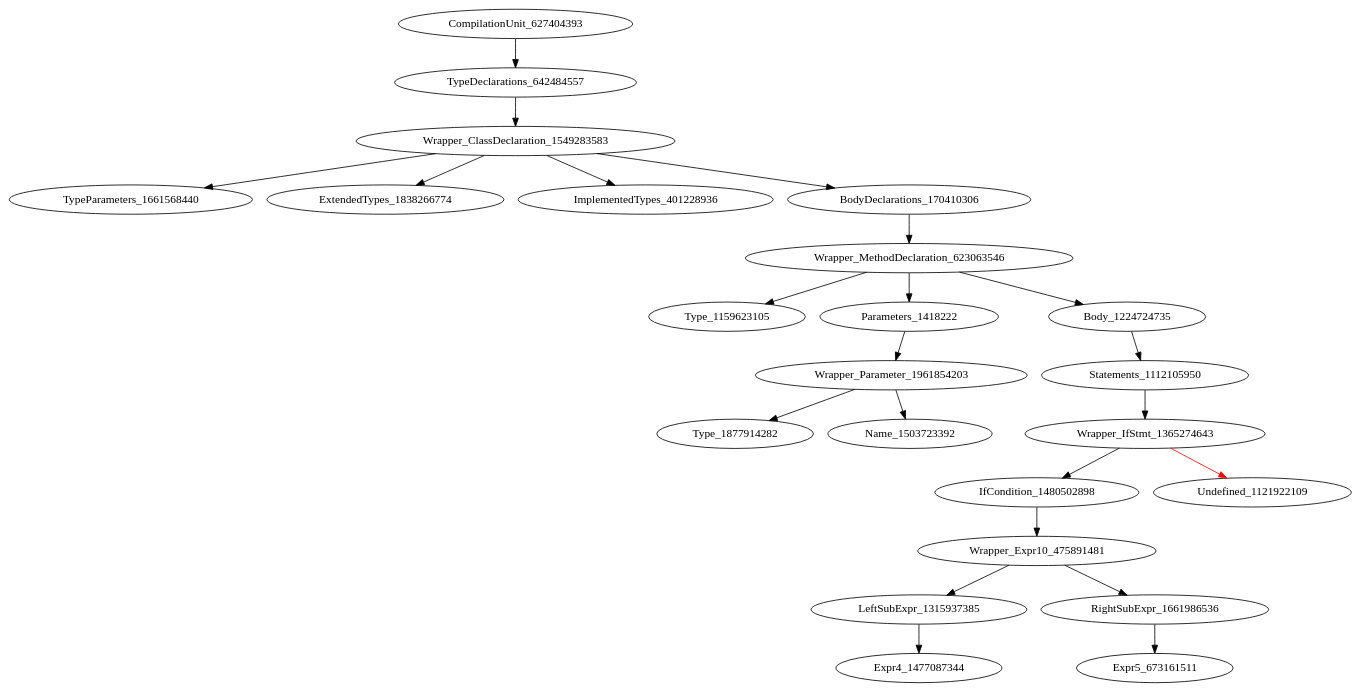
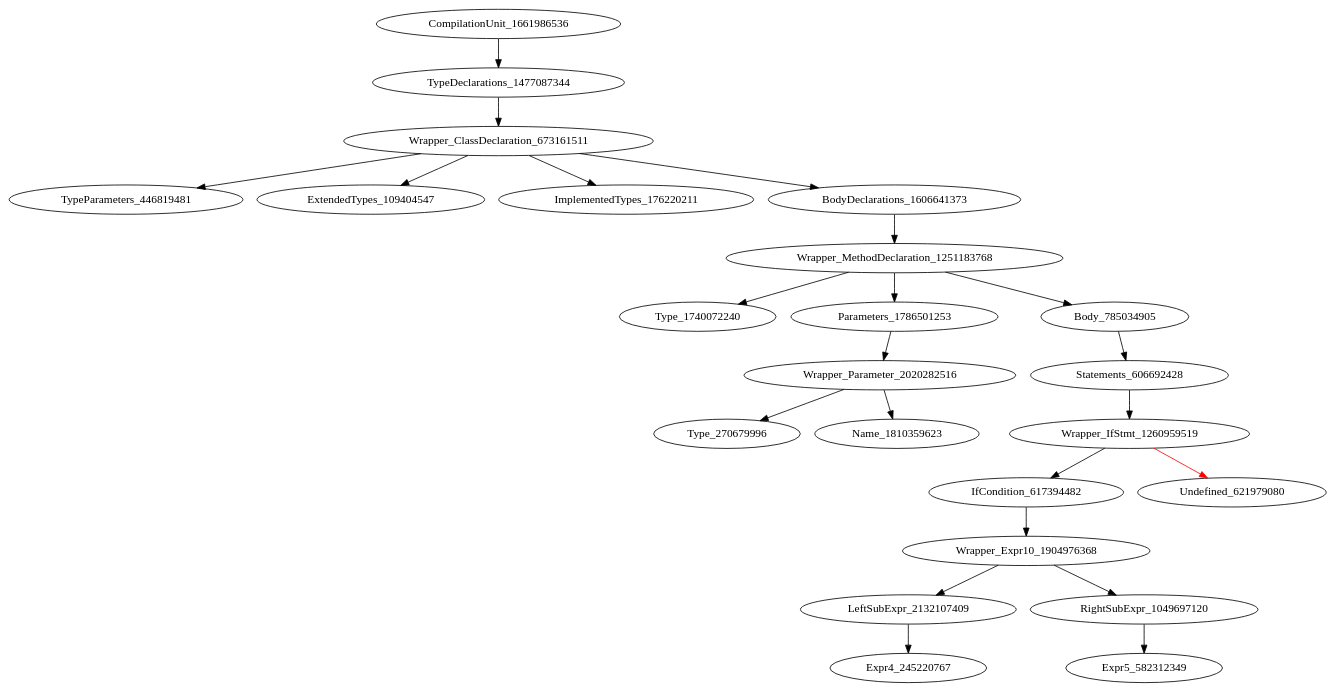
One commit to icse2023material/VoiceJava changed the diagram in holeAST.dot. Above: the diagram before and after it, drawn with Graphviz. The commit also changed 7 other files, not shown here.

```diff
--- a/holeAST.dot
+++ b/holeAST.dot
@@ -1,24 +1,24 @@
 digraph {
-CompilationUnit_627404393 -> TypeDeclarations_642484557
-TypeDeclarations_642484557 -> Wrapper_ClassDeclaration_1549283583
-Wrapper_ClassDeclaration_1549283583 -> TypeParameters_1661568440
-Wrapper_ClassDeclaration_1549283583 -> ExtendedTypes_1838266774
-Wrapper_ClassDeclaration_1549283583 -> ImplementedTypes_401228936
-Wrapper_ClassDeclaration_1549283583 -> BodyDeclarations_170410306
-BodyDeclarations_170410306 -> Wrapper_MethodDeclaration_623063546
-Wrapper_MethodDeclaration_623063546 -> Type_1159623105
-Wrapper_MethodDeclaration_623063546 -> Parameters_1418222
-Wrapper_MethodDeclaration_623063546 -> Body_1224724735
-Parameters_1418222 -> Wrapper_Parameter_1961854203
-Body_1224724735 -> Statements_1112105950
-Wrapper_Parameter_1961854203 -> Type_1877914282
-Wrapper_Parameter_1961854203 -> Name_1503723392
-Statements_1112105950 -> Wrapper_IfStmt_1365274643
-Wrapper_IfStmt_1365274643 -> IfCondition_1480502898
-Wrapper_IfStmt_1365274643 -> Undefined_1121922109 [color = red] 
-IfCondition_1480502898 -> Wrapper_Expr10_475891481
-Wrapper_Expr10_475891481 -> LeftSubExpr_1315937385
-Wrapper_Expr10_475891481 -> RightSubExpr_1661986536
-LeftSubExpr_1315937385 -> Expr4_1477087344
-RightSubExpr_1661986536 -> Expr5_673161511
+CompilationUnit_1661986536 -> TypeDeclarations_1477087344
+TypeDeclarations_1477087344 -> Wrapper_ClassDeclaration_673161511
+Wrapper_ClassDeclaration_673161511 -> TypeParameters_446819481
+Wrapper_ClassDeclaration_673161511 -> ExtendedTypes_109404547
+Wrapper_ClassDeclaration_673161511 -> ImplementedTypes_176220211
+Wrapper_ClassDeclaration_673161511 -> BodyDeclarations_1606641373
+BodyDeclarations_1606641373 -> Wrapper_MethodDeclaration_1251183768
+Wrapper_MethodDeclaration_1251183768 -> Type_1740072240
+Wrapper_MethodDeclaration_1251183768 -> Parameters_1786501253
+Wrapper_MethodDeclaration_1251183768 -> Body_785034905
+Parameters_1786501253 -> Wrapper_Parameter_2020282516
+Body_785034905 -> Statements_606692428
+Wrapper_Parameter_2020282516 -> Type_270679996
+Wrapper_Parameter_2020282516 -> Name_1810359623
+Statements_606692428 -> Wrapper_IfStmt_1260959519
+Wrapper_IfStmt_1260959519 -> IfCondition_617394482
+Wrapper_IfStmt_1260959519 -> Undefined_621979080 [color = red] 
+IfCondition_617394482 -> Wrapper_Expr10_1904976368
+Wrapper_Expr10_1904976368 -> LeftSubExpr_2132107409
+Wrapper_Expr10_1904976368 -> RightSubExpr_1049697120
+LeftSubExpr_2132107409 -> Expr4_245220767
+RightSubExpr_1049697120 -> Expr5_582312349
 }
```
